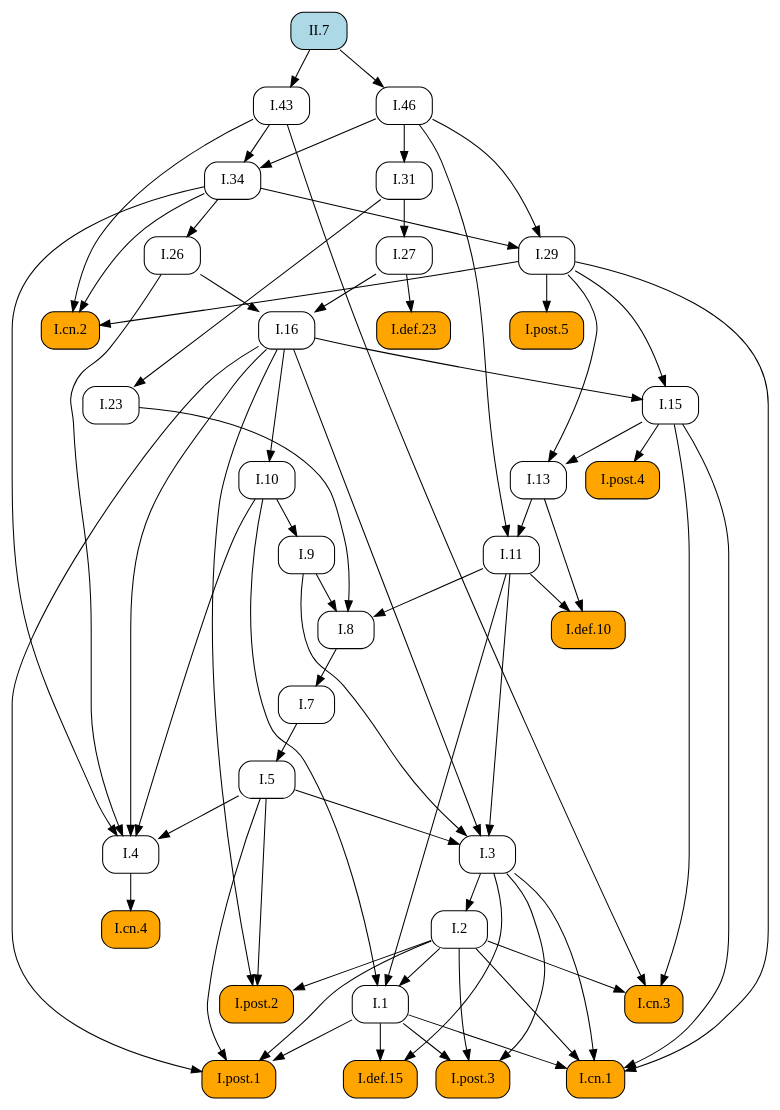
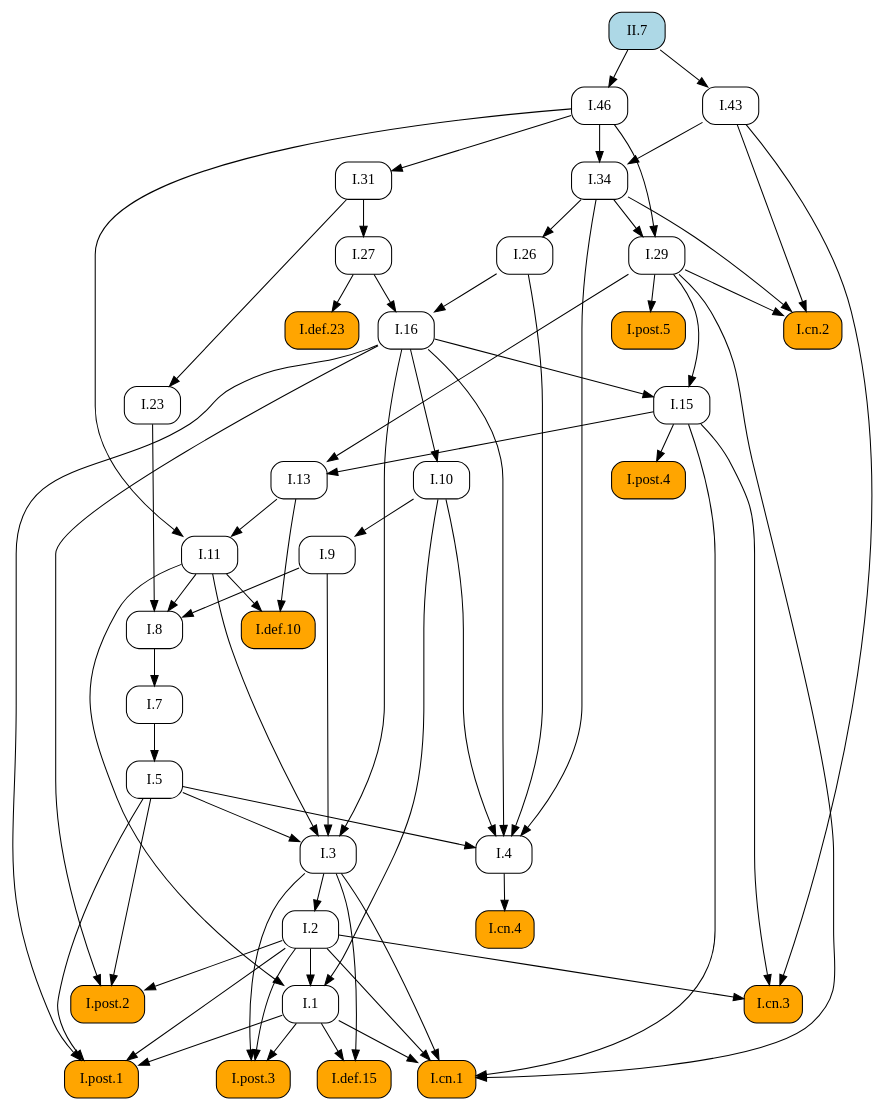
One commit to geometor/elements changed the diagram in docsrc/heath/II/7/index.rst. Above: the diagram before and after it, drawn with Graphviz. The commit also changed other lines of this file and 484 other files, not shown here.

```diff
--- a/docsrc/heath/II/7/index.rst
+++ b/docsrc/heath/II/7/index.rst
@@ -59,105 +59,105 @@
    digraph {
      rankdir="TB";
      node [shape=box, style=rounded];
-     "I.def.10" [style="rounded,filled", fillcolor=orange, URL="/heath/I/def.10/", target="_top"];
-     "I.11" [URL="/heath/I/11/", target="_top"];
-     "I.post.4" [style="rounded,filled", fillcolor=orange, URL="/heath/I/post.4/", target="_top"];
-     "I.1" [URL="/heath/I/1/", target="_top"];
-     "I.26" [URL="/heath/I/26/", target="_top"];
-     "I.29" [URL="/heath/I/29/", target="_top"];
-     "I.cn.2" [style="rounded,filled", fillcolor=orange, URL="/heath/I/cn.2/", target="_top"];
+     "I.23" [URL="/heath/I/23/", target="_top"];
+     "I.9" [URL="/heath/I/9/", target="_top"];
      "I.def.15" [style="rounded,filled", fillcolor=orange, URL="/heath/I/def.15/", target="_top"];
      "I.post.3" [style="rounded,filled", fillcolor=orange, URL="/heath/I/post.3/", target="_top"];
-     "I.cn.1" [style="rounded,filled", fillcolor=orange, URL="/heath/I/cn.1/", target="_top"];
-     "I.cn.3" [style="rounded,filled", fillcolor=orange, URL="/heath/I/cn.3/", target="_top"];
-     "I.23" [URL="/heath/I/23/", target="_top"];
+     "I.post.1" [style="rounded,filled", fillcolor=orange, URL="/heath/I/post.1/", target="_top"];
      "I.43" [URL="/heath/I/43/", target="_top"];
-     "I.post.1" [style="rounded,filled", fillcolor=orange, URL="/heath/I/post.1/", target="_top"];
+     "I.31" [URL="/heath/I/31/", target="_top"];
+     "I.def.10" [style="rounded,filled", fillcolor=orange, URL="/heath/I/def.10/", target="_top"];
      "I.27" [URL="/heath/I/27/", target="_top"];
-     "I.46" [URL="/heath/I/46/", target="_top"];
-     "I.7" [URL="/heath/I/7/", target="_top"];
+     "II.7" [style="rounded,filled", fillcolor=lightblue, URL="/heath/II/7/", target="_top"];
      "I.34" [URL="/heath/I/34/", target="_top"];
      "I.3" [URL="/heath/I/3/", target="_top"];
+     "I.cn.1" [style="rounded,filled", fillcolor=orange, URL="/heath/I/cn.1/", target="_top"];
+     "I.7" [URL="/heath/I/7/", target="_top"];
      "I.2" [URL="/heath/I/2/", target="_top"];
+     "I.13" [URL="/heath/I/13/", target="_top"];
+     "I.post.4" [style="rounded,filled", fillcolor=orange, URL="/heath/I/post.4/", target="_top"];
      "I.4" [URL="/heath/I/4/", target="_top"];
+     "I.1" [URL="/heath/I/1/", target="_top"];
+     "I.5" [URL="/heath/I/5/", target="_top"];
+     "I.8" [URL="/heath/I/8/", target="_top"];
+     "I.29" [URL="/heath/I/29/", target="_top"];
+     "I.cn.3" [style="rounded,filled", fillcolor=orange, URL="/heath/I/cn.3/", target="_top"];
+     "I.16" [URL="/heath/I/16/", target="_top"];
+     "I.15" [URL="/heath/I/15/", target="_top"];
+     "I.10" [URL="/heath/I/10/", target="_top"];
+     "I.11" [URL="/heath/I/11/", target="_top"];
      "I.def.23" [style="rounded,filled", fillcolor=orange, URL="/heath/I/def.23/", target="_top"];
-     "I.13" [URL="/heath/I/13/", target="_top"];
-     "II.7" [style="rounded,filled", fillcolor=lightblue, URL="/heath/II/7/", target="_top"];
-     "I.31" [URL="/heath/I/31/", target="_top"];
+     "I.cn.2" [style="rounded,filled", fillcolor=orange, URL="/heath/I/cn.2/", target="_top"];
+     "I.post.5" [style="rounded,filled", fillcolor=orange, URL="/heath/I/post.5/", target="_top"];
+     "I.cn.4" [style="rounded,filled", fillcolor=orange, URL="/heath/I/cn.4/", target="_top"];
      "I.post.2" [style="rounded,filled", fillcolor=orange, URL="/heath/I/post.2/", target="_top"];
-     "I.16" [URL="/heath/I/16/", target="_top"];
-     "I.9" [URL="/heath/I/9/", target="_top"];
-     "I.8" [URL="/heath/I/8/", target="_top"];
-     "I.cn.4" [style="rounded,filled", fillcolor=orange, URL="/heath/I/cn.4/", target="_top"];
-     "I.15" [URL="/heath/I/15/", target="_top"];
-     "I.post.5" [style="rounded,filled", fillcolor=orange, URL="/heath/I/post.5/", target="_top"];
-     "I.10" [URL="/heath/I/10/", target="_top"];
-     "I.5" [URL="/heath/I/5/", target="_top"];
-     "I.11" -> "I.def.10";
-     "I.13" -> "I.def.10";
-     "I.13" -> "I.11";
-     "I.46" -> "I.11";
-     "I.15" -> "I.post.4";
-     "I.2" -> "I.1";
-     "I.10" -> "I.1";
-     "I.11" -> "I.1";
-     "I.34" -> "I.26";
-     "I.34" -> "I.29";
-     "I.46" -> "I.29";
-     "I.29" -> "I.cn.2";
-     "I.34" -> "I.cn.2";
-     "I.43" -> "I.cn.2";
+     "I.46" [URL="/heath/I/46/", target="_top"];
+     "I.26" [URL="/heath/I/26/", target="_top"];
+     "I.31" -> "I.23";
+     "I.10" -> "I.9";
      "I.1" -> "I.def.15";
      "I.3" -> "I.def.15";
      "I.1" -> "I.post.3";
      "I.2" -> "I.post.3";
      "I.3" -> "I.post.3";
-     "I.1" -> "I.cn.1";
-     "I.2" -> "I.cn.1";
-     "I.3" -> "I.cn.1";
-     "I.15" -> "I.cn.1";
-     "I.29" -> "I.cn.1";
-     "I.2" -> "I.cn.3";
-     "I.15" -> "I.cn.3";
-     "I.43" -> "I.cn.3";
-     "I.31" -> "I.23";
-     "II.7" -> "I.43";
      "I.1" -> "I.post.1";
      "I.2" -> "I.post.1";
      "I.5" -> "I.post.1";
      "I.16" -> "I.post.1";
+     "II.7" -> "I.43";
+     "I.46" -> "I.31";
+     "I.11" -> "I.def.10";
+     "I.13" -> "I.def.10";
      "I.31" -> "I.27";
-     "II.7" -> "I.46";
-     "I.8" -> "I.7";
      "I.43" -> "I.34";
      "I.46" -> "I.34";
      "I.5" -> "I.3";
      "I.9" -> "I.3";
      "I.11" -> "I.3";
      "I.16" -> "I.3";
+     "I.1" -> "I.cn.1";
+     "I.2" -> "I.cn.1";
+     "I.3" -> "I.cn.1";
+     "I.15" -> "I.cn.1";
+     "I.29" -> "I.cn.1";
+     "I.8" -> "I.7";
      "I.3" -> "I.2";
+     "I.15" -> "I.13";
+     "I.29" -> "I.13";
+     "I.15" -> "I.post.4";
      "I.5" -> "I.4";
      "I.10" -> "I.4";
      "I.16" -> "I.4";
      "I.26" -> "I.4";
      "I.34" -> "I.4";
+     "I.2" -> "I.1";
+     "I.10" -> "I.1";
+     "I.11" -> "I.1";
+     "I.7" -> "I.5";
+     "I.9" -> "I.8";
+     "I.11" -> "I.8";
+     "I.23" -> "I.8";
+     "I.34" -> "I.29";
+     "I.46" -> "I.29";
+     "I.2" -> "I.cn.3";
+     "I.15" -> "I.cn.3";
+     "I.43" -> "I.cn.3";
+     "I.26" -> "I.16";
+     "I.27" -> "I.16";
+     "I.16" -> "I.15";
+     "I.29" -> "I.15";
+     "I.16" -> "I.10";
+     "I.13" -> "I.11";
+     "I.46" -> "I.11";
      "I.27" -> "I.def.23";
-     "I.15" -> "I.13";
-     "I.29" -> "I.13";
-     "I.46" -> "I.31";
+     "I.29" -> "I.cn.2";
+     "I.34" -> "I.cn.2";
+     "I.43" -> "I.cn.2";
+     "I.29" -> "I.post.5";
+     "I.4" -> "I.cn.4";
      "I.2" -> "I.post.2";
      "I.5" -> "I.post.2";
      "I.16" -> "I.post.2";
-     "I.26" -> "I.16";
-     "I.27" -> "I.16";
-     "I.10" -> "I.9";
-     "I.9" -> "I.8";
-     "I.11" -> "I.8";
-     "I.23" -> "I.8";
-     "I.4" -> "I.cn.4";
-     "I.16" -> "I.15";
-     "I.29" -> "I.15";
-     "I.29" -> "I.post.5";
-     "I.16" -> "I.10";
-     "I.7" -> "I.5";
+     "II.7" -> "I.46";
+     "I.34" -> "I.26";
    }
```
